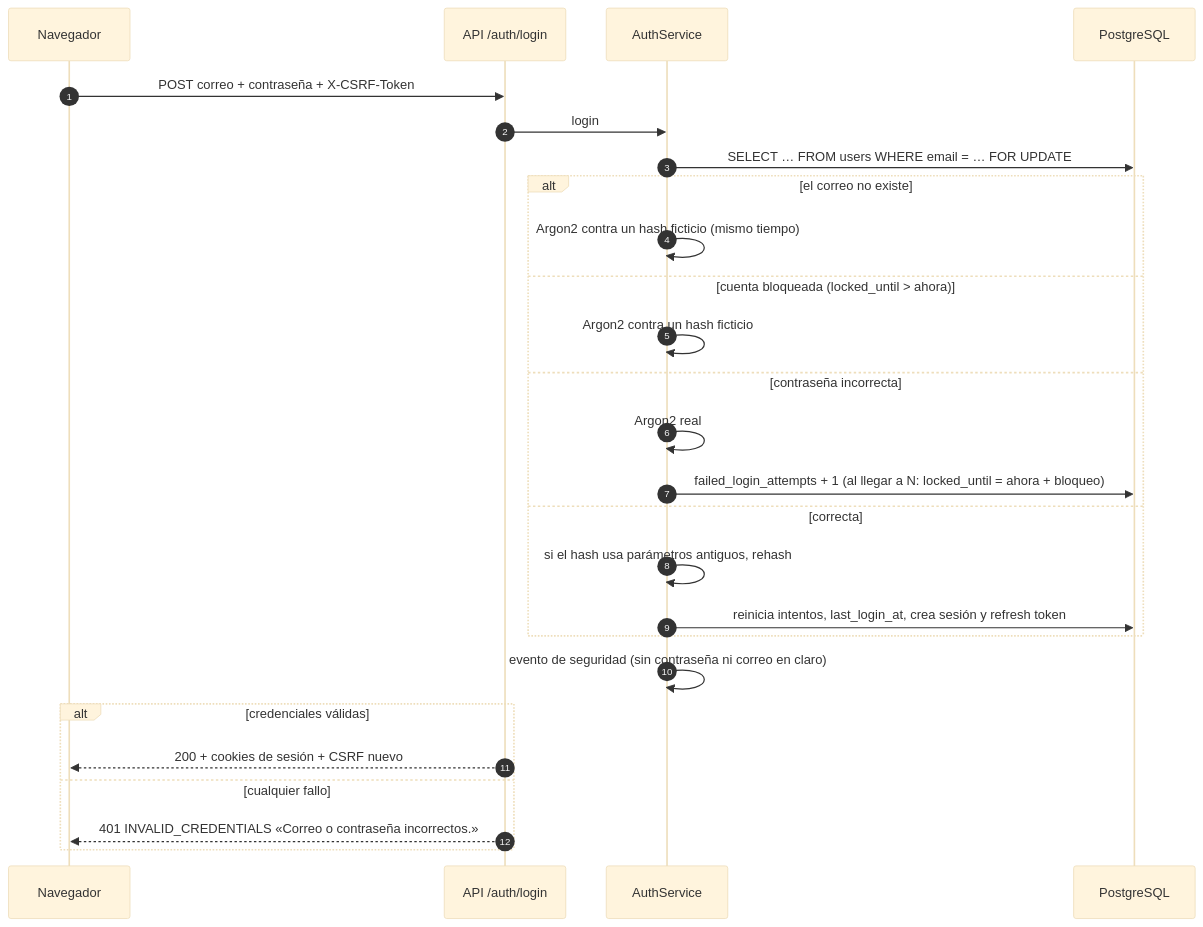
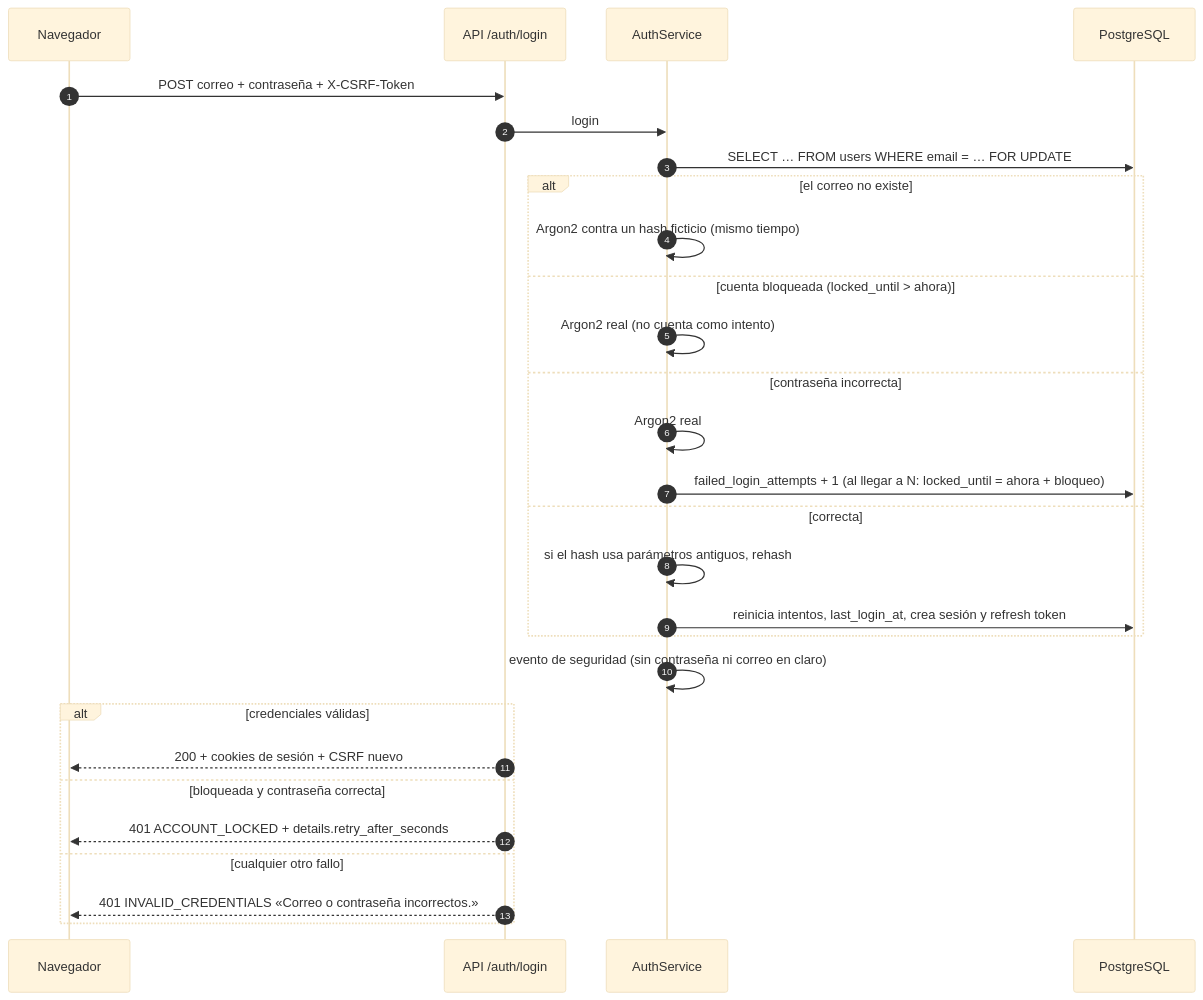
One commit to Joryox/nomina-docente changed the second of 5 diagrams in docs/seguridad.md. Above: the diagram before and after it, drawn with Mermaid (base theme). The commit also changed other lines of this file and 15 other files, not shown here.

````diff
--- a/docs/seguridad.md
+++ b/docs/seguridad.md
@@ -69,29 +69,31 @@
 ```mermaid
 sequenceDiagram
     autonumber
     participant N as Navegador
     participant A as API /auth/login
     participant S as AuthService
     participant DB as PostgreSQL
 
     N->>A: POST correo + contraseña + X-CSRF-Token
     A->>S: login
     S->>DB: SELECT … FROM users WHERE email = … FOR UPDATE
     alt el correo no existe
         S->>S: Argon2 contra un hash ficticio (mismo tiempo)
     else cuenta bloqueada (locked_until > ahora)
-        S->>S: Argon2 contra un hash ficticio
+        S->>S: Argon2 real (no cuenta como intento)
     else contraseña incorrecta
         S->>S: Argon2 real
         S->>DB: failed_login_attempts + 1 (al llegar a N: locked_until = ahora + bloqueo)
     else correcta
         S->>S: si el hash usa parámetros antiguos, rehash
         S->>DB: reinicia intentos, last_login_at, crea sesión y refresh token
     end
     S->>S: evento de seguridad (sin contraseña ni correo en claro)
     alt credenciales válidas
         A-->>N: 200 + cookies de sesión + CSRF nuevo
-    else cualquier fallo
+    else bloqueada y contraseña correcta
+        A-->>N: 401 ACCOUNT_LOCKED + details.retry_after_seconds
+    else cualquier otro fallo
         A-->>N: 401 INVALID_CREDENTIALS «Correo o contraseña incorrectos.»
     end
 ```
````
